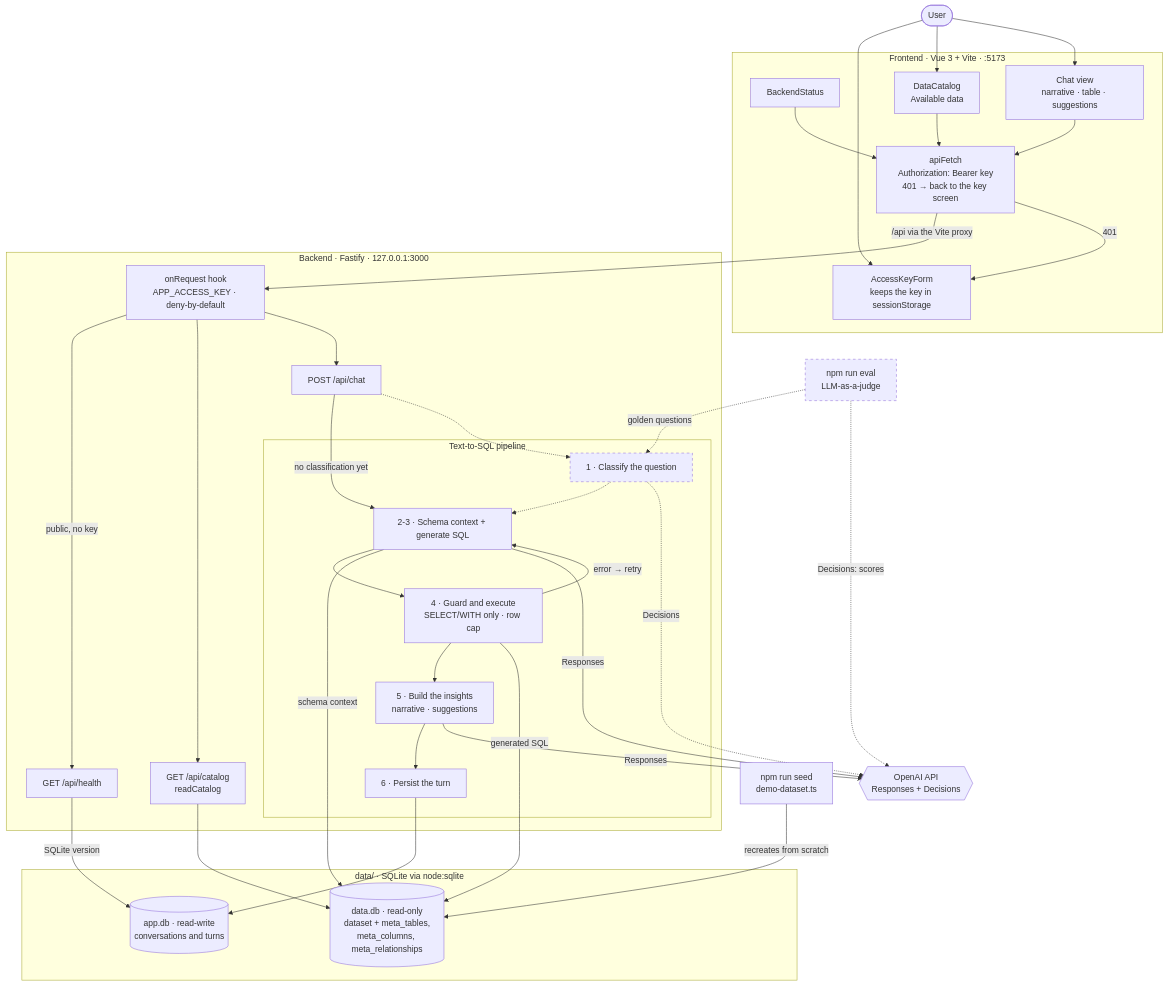
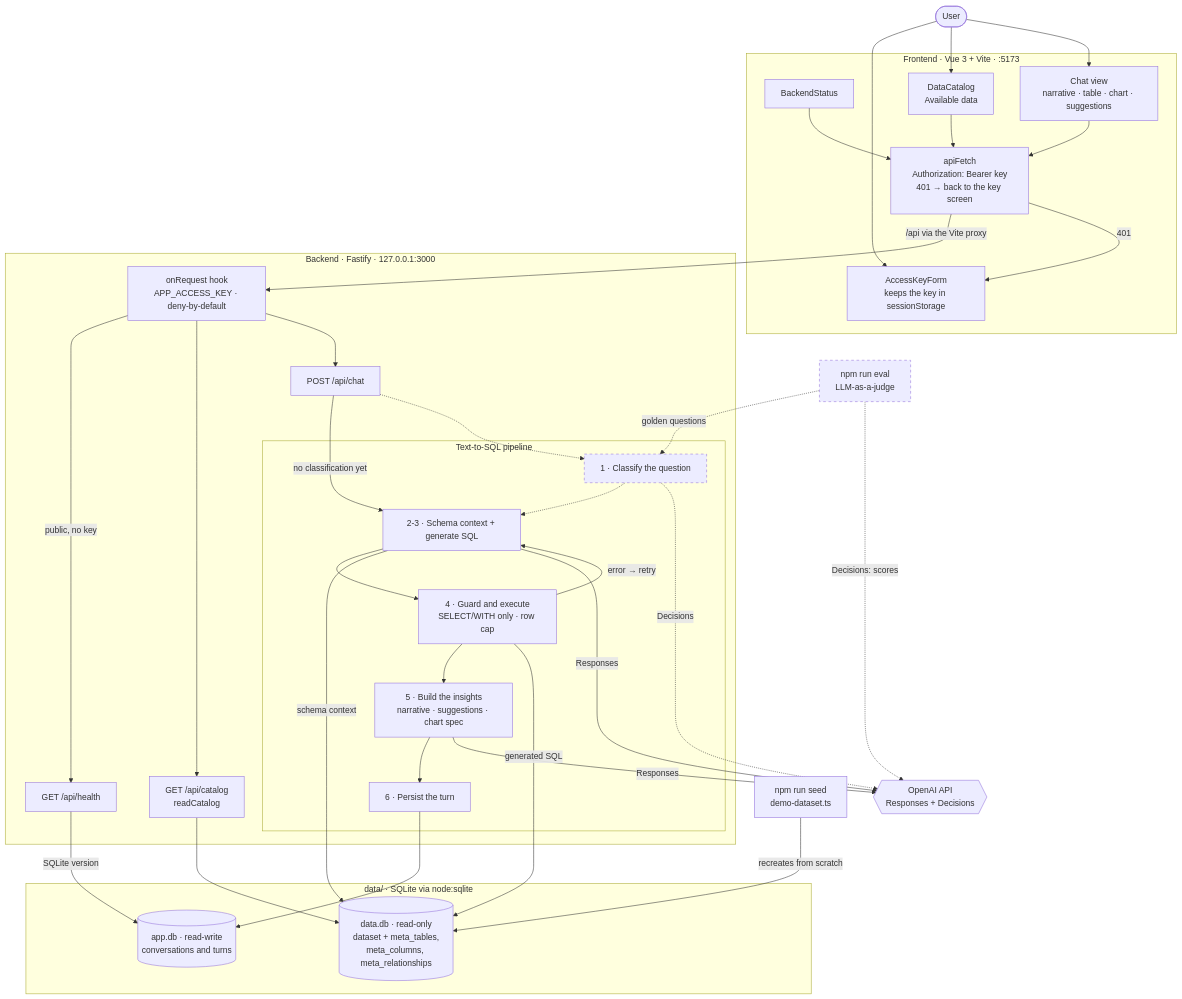
Before and after one commit to emiber/UTDT: the diagram in docs/ARCHITECTURE_DIAGRAM.md, drawn with Mermaid. The commit also changed 2 other files, not shown here.

Commit message:
docs: bloque chart, validación de la spec y diagrama al día
Refs #9

````diff
--- a/docs/ARCHITECTURE_DIAGRAM.md
+++ b/docs/ARCHITECTURE_DIAGRAM.md
@@ -8,66 +8,66 @@
 ```mermaid
 flowchart TB
   user(["User"])
 
   subgraph FE["Frontend · Vue 3 + Vite · :5173"]
     keyForm["AccessKeyForm<br/>keeps the key in sessionStorage"]
     backendStatus["BackendStatus"]
     dataCatalog["DataCatalog<br/>Available data"]
-    chatUi["Chat view<br/>narrative · table · suggestions"]
+    chatUi["Chat view<br/>narrative · table · chart · suggestions"]
     apiFetch["apiFetch<br/>Authorization: Bearer key<br/>401 → back to the key screen"]
   end
 
   subgraph BE["Backend · Fastify · 127.0.0.1:3000"]
     authHook["onRequest hook<br/>APP_ACCESS_KEY · deny-by-default"]
     health["GET /api/health"]
     catalogRoute["GET /api/catalog<br/>readCatalog"]
     chatRoute["POST /api/chat"]
     subgraph PIPE["Text-to-SQL pipeline"]
       classify["1 · Classify the question"]
       genSql["2-3 · Schema context + generate SQL"]
       guard["4 · Guard and execute<br/>SELECT/WITH only · row cap"]
-      insights["5 · Build the insights<br/>narrative · suggestions"]
+      insights["5 · Build the insights<br/>narrative · suggestions · chart spec"]
       persist["6 · Persist the turn"]
     end
   end
 
   subgraph DATA["data/ · SQLite via node:sqlite"]
     dataDb[("data.db · read-only<br/>dataset + meta_tables,<br/>meta_columns, meta_relationships")]
     appDb[("app.db · read-write<br/>conversations and turns")]
   end
 
   openai{{"OpenAI API<br/>Responses + Decisions"}}
   seed["npm run seed<br/>demo-dataset.ts"]
   evalCmd["npm run eval<br/>LLM-as-a-judge"]
 
   user --> keyForm
   user --> dataCatalog
   user --> chatUi
   backendStatus & dataCatalog --> apiFetch
   chatUi --> apiFetch
   apiFetch -->|"/api via the Vite proxy"| authHook
   apiFetch -->|"401"| keyForm
   authHook -->|"public, no key"| health
   authHook --> catalogRoute
   authHook --> chatRoute
   health -->|"SQLite version"| appDb
   catalogRoute --> dataDb
   seed -->|"recreates from scratch"| dataDb
 
   chatRoute -->|"no classification yet"| genSql
   chatRoute -.-> classify -.-> genSql
   genSql --> guard
   guard --> insights --> persist
   guard -->|"error → retry"| genSql
   guard -->|"generated SQL"| dataDb
   genSql -->|"schema context"| dataDb
   persist --> appDb
   classify -.->|"Decisions"| openai
   genSql -->|"Responses"| openai
   insights -->|"Responses"| openai
   evalCmd -.->|"golden questions"| classify
   evalCmd -.->|"Decisions: scores"| openai
 
   classDef planned stroke-dasharray: 5 5
   class classify,evalCmd planned
 ```
````
